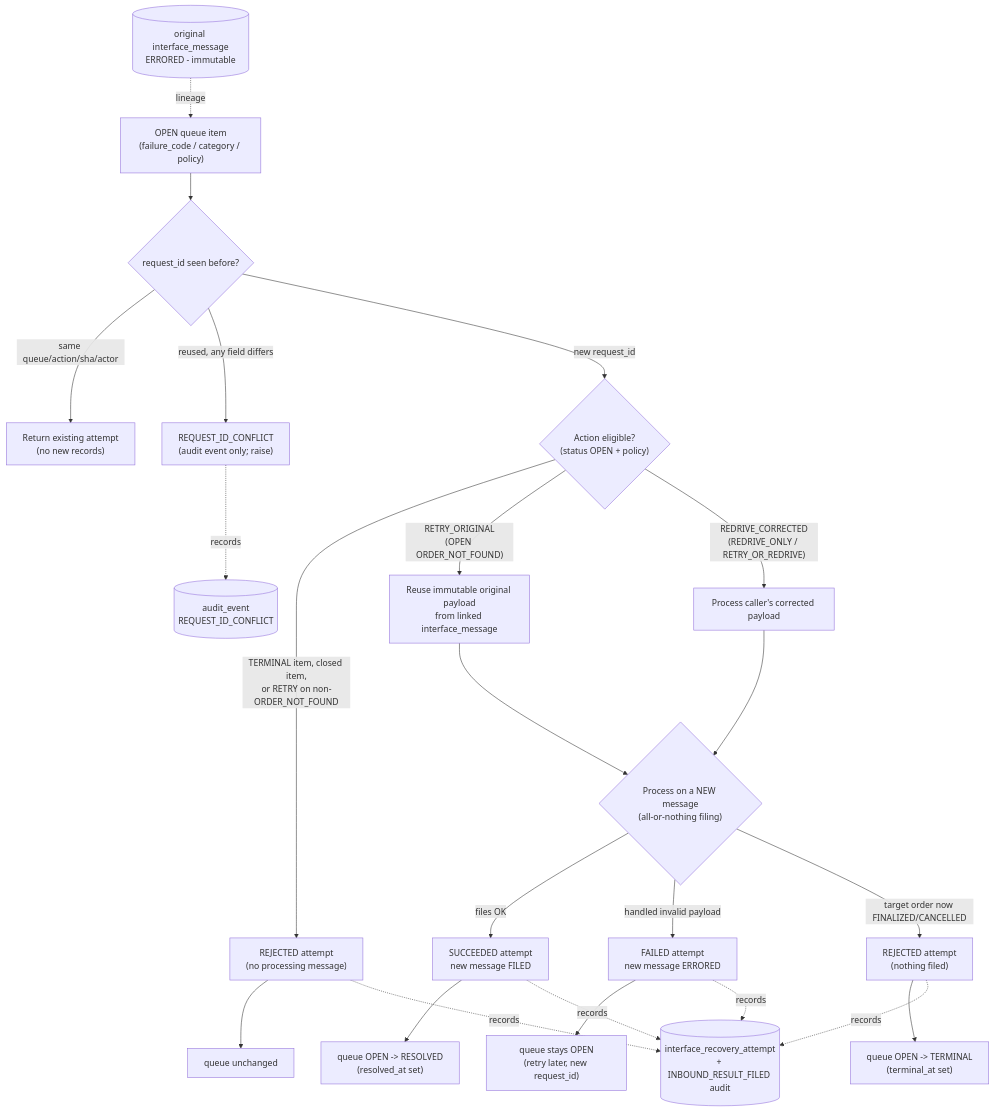
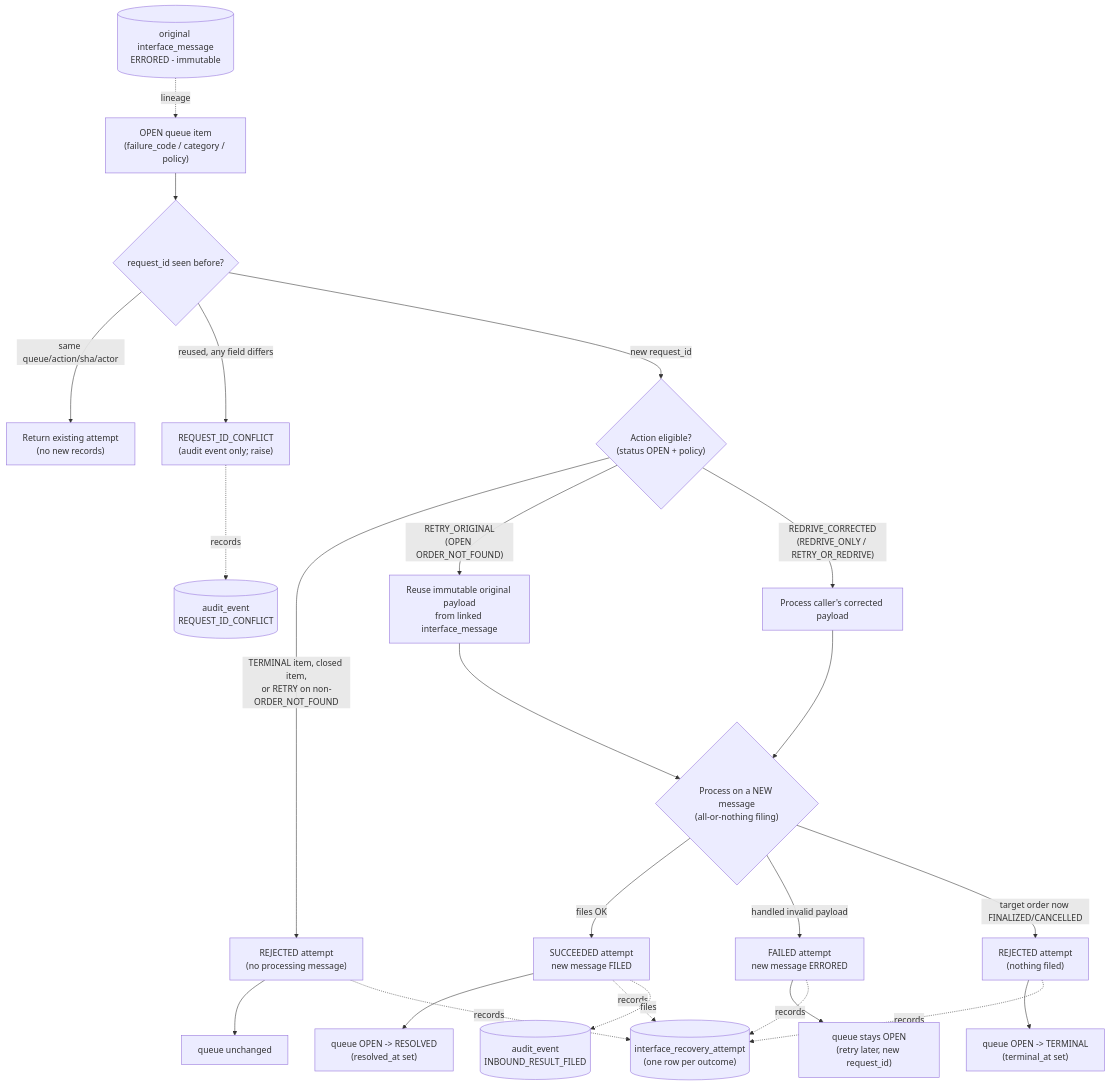
The third of 4 diagrams in docs/workflow-diagram.md (jaustinanderson/cytobridge-lis-interface-simulator), drawn with Mermaid before and after one commit. The commit also changed other lines of this file and 9 other files, not shown here.

````diff
--- a/docs/workflow-diagram.md
+++ b/docs/workflow-diagram.md
@@ -63,29 +63,37 @@
 ```mermaid
 flowchart TD
     OPEN["OPEN queue item<br/>(failure_code / category / policy)"] --> REQ{"request_id seen before?"}
     REQ -->|"same queue/action/sha/actor"| REPLAY["Return existing attempt<br/>(no new records)"]
     REQ -->|"reused, any field differs"| CONFLICT["REQUEST_ID_CONFLICT<br/>(audit event only; raise)"]
     REQ -->|"new request_id"| ELIG{"Action eligible?<br/>(status OPEN + policy)"}
 
     ELIG -->|"TERMINAL item, closed item,<br/>or RETRY on non-ORDER_NOT_FOUND"| REJ["REJECTED attempt<br/>(no processing message)"]
     ELIG -->|"RETRY_ORIGINAL<br/>(OPEN ORDER_NOT_FOUND)"| RETRY["Reuse immutable original payload<br/>from linked interface_message"]
     ELIG -->|"REDRIVE_CORRECTED<br/>(REDRIVE_ONLY / RETRY_OR_REDRIVE)"| REDRIVE["Process caller's corrected payload"]
 
     RETRY --> PROC{"Process on a NEW message<br/>(all-or-nothing filing)"}
     REDRIVE --> PROC
     PROC -->|"files OK"| SUCC["SUCCEEDED attempt<br/>new message FILED"]
     PROC -->|"handled invalid payload"| FAIL["FAILED attempt<br/>new message ERRORED"]
     PROC -->|"target order now FINALIZED/CANCELLED"| DYN["REJECTED attempt<br/>(nothing filed)"]
 
     SUCC --> RESOLVED["queue OPEN -> RESOLVED<br/>(resolved_at set)"]
     FAIL --> STILLOPEN["queue stays OPEN<br/>(retry later, new request_id)"]
     DYN --> TERMINAL["queue OPEN -> TERMINAL<br/>(terminal_at set)"]
     REJ --> UNCHANGED["queue unchanged"]
 
     ORIG[("original interface_message<br/>ERRORED - immutable")] -.lineage.-> OPEN
-    SUCC -.records.-> RA[("interface_recovery_attempt<br/>+ INBOUND_RESULT_FILED audit")]
+
+    %% Every outcome records exactly one interface_recovery_attempt row.
+    SUCC -.records.-> RA[("interface_recovery_attempt<br/>(one row per outcome)")]
     FAIL -.records.-> RA
     DYN -.records.-> RA
     REJ -.records.-> RA
+
+    %% A filing audit event is reached ONLY from SUCCEEDED; FAILED and REJECTED
+    %% never produce one.
+    SUCC -.files.-> FILED[("audit_event<br/>INBOUND_RESULT_FILED")]
+
+    %% A request_id conflict is audit-only: no attempt row, just this event.
     CONFLICT -.records.-> AUD3[("audit_event<br/>REQUEST_ID_CONFLICT")]
 ```
````
